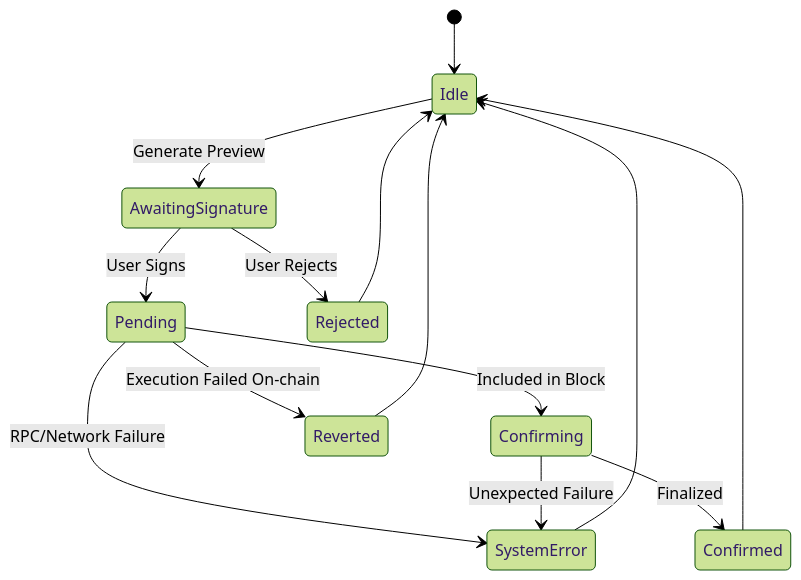
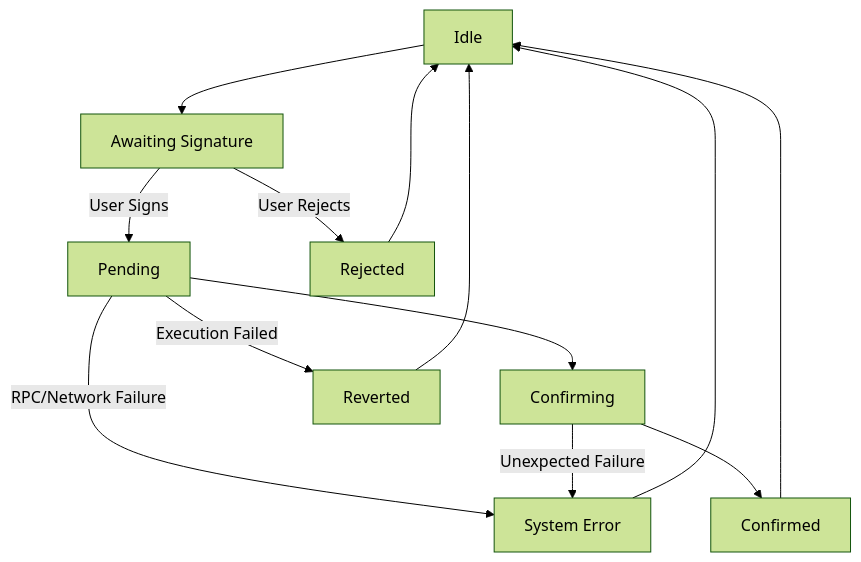
The third of 8 diagrams in README.md (sunshineluyao/Moss-Mcp-Transaction), drawn with Mermaid (forest theme) before and after one commit. The commit also changed other lines of this file, not shown here.

Commit message:
docs: redesign mermaid diagrams for cleaner compact layout

````diff
--- a/README.md
+++ b/README.md
@@ -224,16 +242,17 @@
 ```mermaid
-stateDiagram-v2
-  [*] --> Idle
-  Idle --> AwaitingSignature: Generate Preview
-  AwaitingSignature --> Pending: User Signs
-  AwaitingSignature --> Rejected: User Rejects
-  Pending --> Confirming: Included in Block
-  Confirming --> Confirmed: Finalized
-  Pending --> Reverted: Execution Failed On-chain
-  Pending --> SystemError: RPC/Network Failure
-  Confirming --> SystemError: Unexpected Failure
+flowchart TB
+  Idle[Idle] --> Awaiting[Awaiting Signature]
+  Awaiting -->|User Signs| Pending[Pending]
+  Awaiting -->|User Rejects| Rejected[Rejected]
+
+  Pending --> Confirming[Confirming]
+  Confirming --> Confirmed[Confirmed]
+  Pending -->|Execution Failed| Reverted[Reverted]
+  Pending -->|RPC/Network Failure| SystemError[System Error]
+  Confirming -->|Unexpected Failure| SystemError
+
   Rejected --> Idle
   Reverted --> Idle
   SystemError --> Idle
   Confirmed --> Idle
 ```
````
